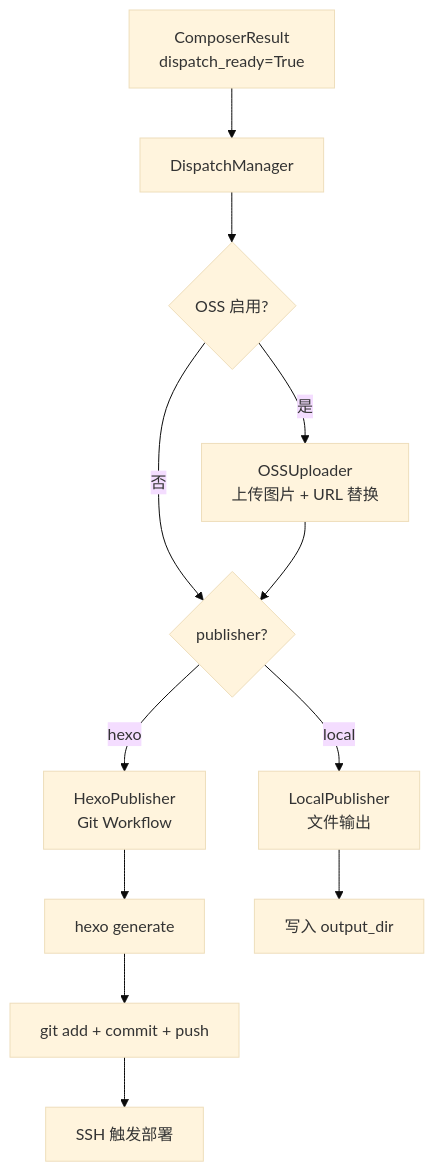
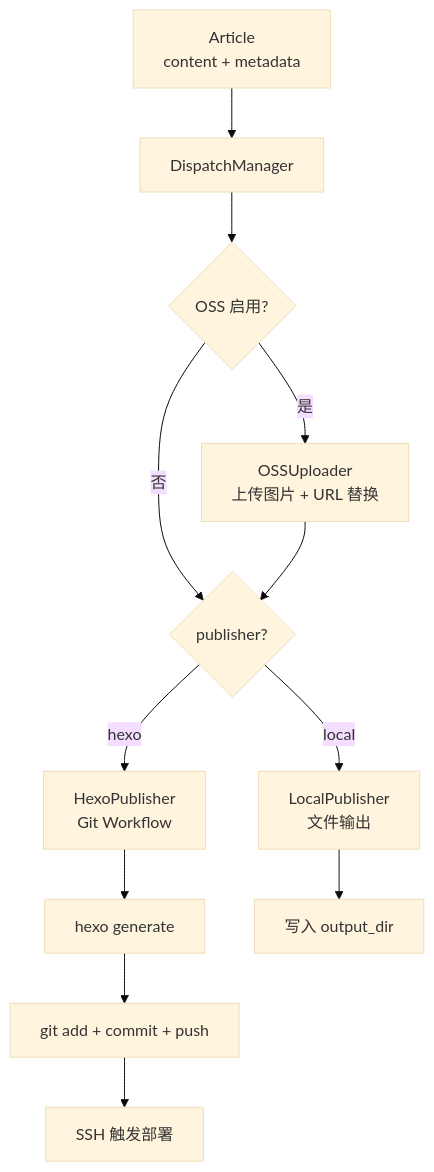
One commit to xinovate/linglong-knowledge changed the diagram in docs/dispatch/README.md. Above: the diagram before and after it, drawn with Mermaid (base theme). The commit also changed other lines of this file and 15 other files, not shown here.

````diff
--- a/docs/dispatch/README.md
+++ b/docs/dispatch/README.md
@@ -31,14 +31,14 @@
 ```mermaid
 graph TD
-    A[ComposerResult<br/>dispatch_ready=True] --> B[DispatchManager]
+    A[Article<br/>content + metadata] --> B[DispatchManager]
     B --> O{OSS 启用?}
     O -->|是| P[OSSUploader<br/>上传图片 + URL 替换]
     O -->|否| C
     P --> C{publisher?}
     C -->|hexo| D[HexoPublisher<br/>Git Workflow]
     C -->|local| E[LocalPublisher<br/>文件输出]
     D --> F[hexo generate]
     F --> G[git add + commit + push]
     G --> H[SSH 触发部署]
     E --> I[写入 output_dir]
 ```
````
